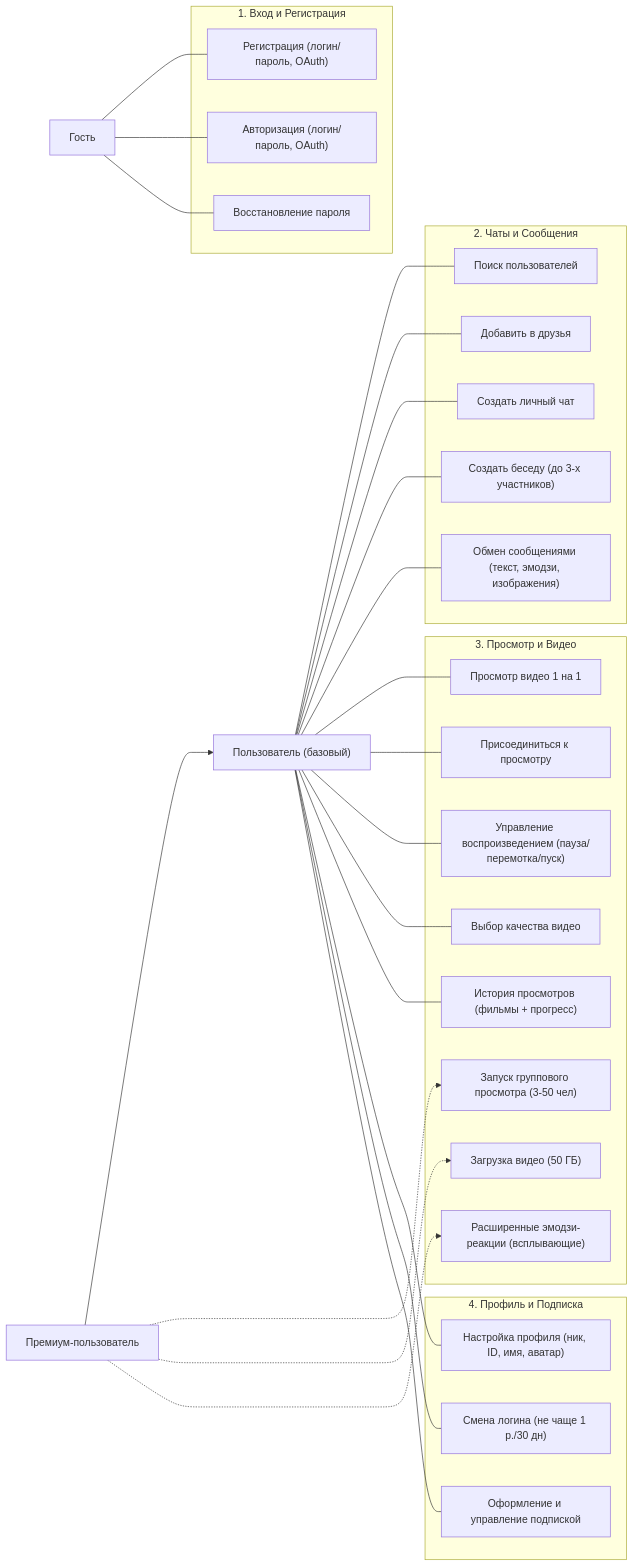
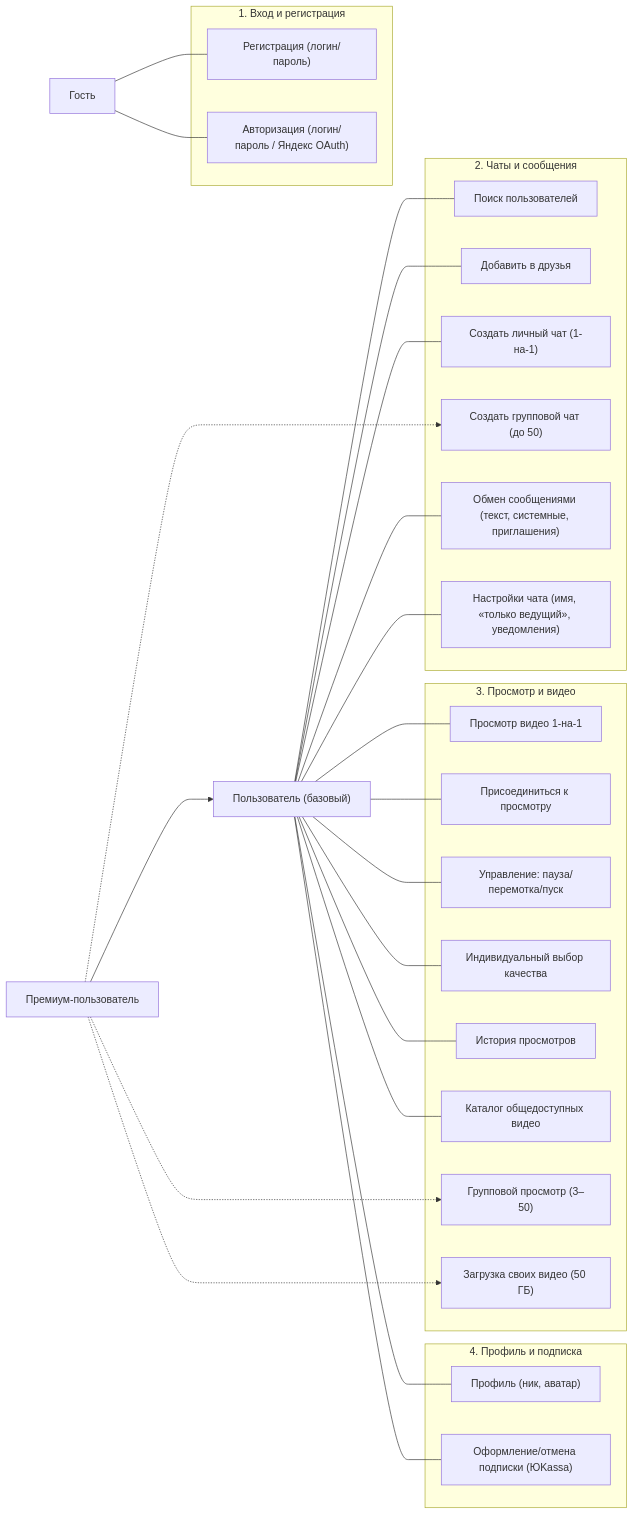
The first of 7 diagrams in README.md (MaltsevNikitaJu/wathtogether_projet_frontend), drawn with Mermaid before and after one commit. The commit also changed other lines of this file, not shown here.

````diff
--- a/README.md
+++ b/README.md
@@ -53,66 +53,57 @@
 ```mermaid
 flowchart LR
-    %% Акторы
     Guest["Гость"]
     User["Пользователь (базовый)"]
     Premium["Премиум-пользователь"]
     Premium --> User
 
-    %% 1. Вход и регистрация
-    subgraph Auth["1. Вход и Регистрация"]
-        UC_Register["Регистрация (логин/пароль, OAuth)"]
-        UC_Login["Авторизация (логин/пароль, OAuth)"]
-        UC_Recover["Восстановление пароля"]
+    subgraph Auth["1. Вход и регистрация"]
+        UC_Register["Регистрация (логин/пароль)"]
+        UC_Login["Авторизация (логин/пароль / Яндекс OAuth)"]
     end
 
-    %% 2. Чаты и сообщения
-    subgraph Chat["2. Чаты и Сообщения"]
+    subgraph Chat["2. Чаты и сообщения"]
         UC_Search["Поиск пользователей"]
         UC_AddFriend["Добавить в друзья"]
-        UC_PrivateChat["Создать личный чат"]
-        UC_GroupChatFree["Создать беседу (до 3-х участников)"]
-        UC_Message["Обмен сообщениями (текст, эмодзи, изображения)"]
+        UC_PrivateChat["Создать личный чат (1-на-1)"]
+        UC_GroupChat["Создать групповой чат (до 50)"]
+        UC_Message["Обмен сообщениями (текст, системные, приглашения)"]
+        UC_Settings["Настройки чата (имя, «только ведущий», уведомления)"]
     end
 
-    %% 3. Просмотр и видео
-    subgraph Video["3. Просмотр и Видео"]
-        UC_Watch1on1["Просмотр видео 1 на 1"]
+    subgraph Video["3. Просмотр и видео"]
+        UC_Watch1on1["Просмотр видео 1-на-1"]
         UC_JoinView["Присоединиться к просмотру"]
-        UC_Control["Управление воспроизведением (пауза/перемотка/пуск)"]
-        UC_Quality["Выбор качества видео"]
-        UC_History["История просмотров (фильмы + прогресс)"]
-        UC_GroupWatch["Запуск группового просмотра (3-50 чел)"]
-        UC_Upload["Загрузка видео (50 ГБ)"]
-        UC_Reactions["Расширенные эмодзи-реакции (всплывающие)"]
+        UC_Control["Управление: пауза/перемотка/пуск"]
+        UC_Quality["Индивидуальный выбор качества"]
+        UC_History["История просмотров"]
+        UC_Catalog["Каталог общедоступных видео"]
+        UC_GroupWatch["Групповой просмотр (3–50)"]
+        UC_Upload["Загрузка своих видео (50 ГБ)"]
     end
 
-    %% 4. Профиль и подписка
-    subgraph Profile["4. Профиль и Подписка"]
-        UC_Profile["Настройка профиля (ник, ID, имя, аватар)"]
-        UC_ChangeLogin["Смена логина (не чаще 1 р./30 дн)"]
-        UC_Subscription["Оформление и управление подпиской"]
+    subgraph Profile["4. Профиль и подписка"]
+        UC_Profile["Профиль (ник, аватар)"]
+        UC_Subscription["Оформление/отмена подписки (ЮKassa)"]
     end
 
-    %% Связи
     Guest --- UC_Register
     Guest --- UC_Login
-    Guest --- UC_Recover
-
     User --- UC_Search
     User --- UC_AddFriend
     User --- UC_PrivateChat
-    User --- UC_GroupChatFree
     User --- UC_Message
+    User --- UC_Settings
     User --- UC_Watch1on1
     User --- UC_JoinView
     User --- UC_Control
     User --- UC_Quality
     User --- UC_History
+    User --- UC_Catalog
     User --- UC_Profile
-    User --- UC_ChangeLogin
     User --- UC_Subscription
 
+    Premium -.-> UC_GroupChat
     Premium -.-> UC_GroupWatch
     Premium -.-> UC_Upload
-    Premium -.-> UC_Reactions
 ```
````
